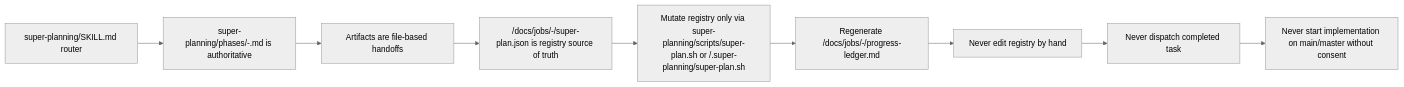
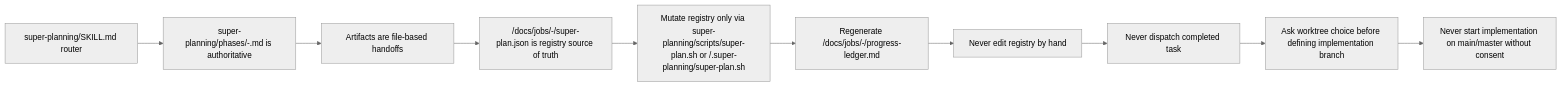
Before and after one commit to gugacarbo/agents-skills: the second of 11 diagrams in skills/super-planning/docs/workflows.md, drawn with Mermaid (neutral theme). The commit also changed other lines of this file and 68 other files, not shown here.

````diff
--- a/skills/super-planning/docs/workflows.md
+++ b/skills/super-planning/docs/workflows.md
@@ -44,11 +46,12 @@
 ```mermaid
 flowchart LR
     A["super-planning/SKILL.md router"] --> B["super-planning/phases/<NN>-<phase>.md is authoritative"]
     B --> C["Artifacts are file-based handoffs"]
     C --> D["<repo>/docs/jobs/<NNNN>-<feature>/super-plan.json is registry source of truth"]
     D --> E["Mutate registry only via super-planning/scripts/super-plan.sh or <repo>/.super-planning/super-plan.sh"]
     E --> F["Regenerate <repo>/docs/jobs/<NNNN>-<feature>/progress-ledger.md"]
     F --> G["Never edit registry by hand"]
     G --> H["Never dispatch completed task"]
-    H --> I["Never start implementation on main/master without consent"]
+    H --> I["Ask worktree choice before defining implementation branch"]
+    I --> J["Never start implementation on main/master without consent"]
 ```
````
